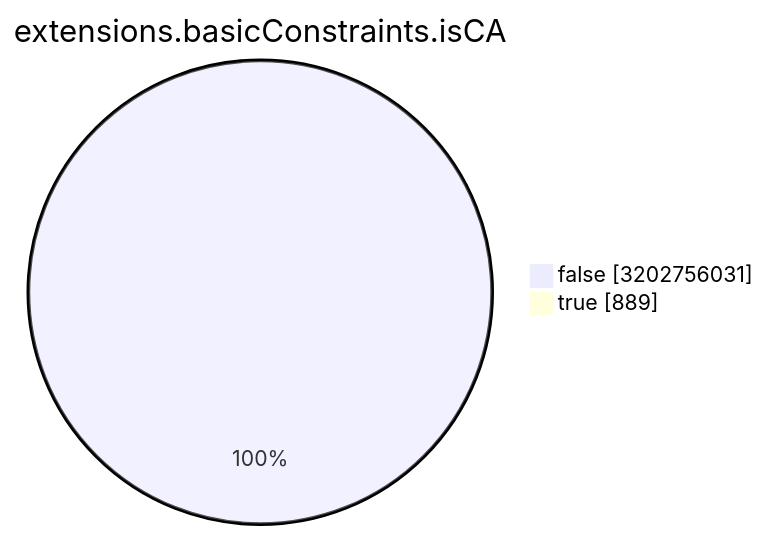
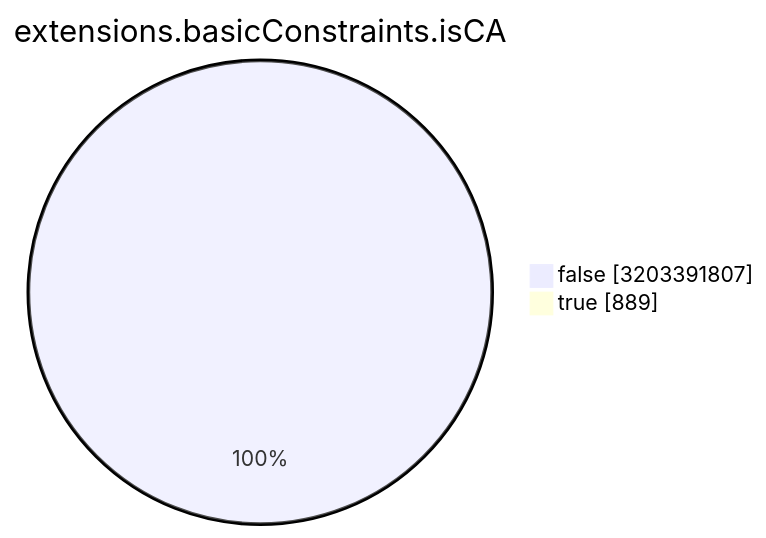
Before and after one commit to christiankrug/ctmonitor_visualization: the seventh of 15 diagrams in TOTAL/README.md, drawn with Mermaid. The commit also changed other lines of this file, not shown here.

````diff
--- a/TOTAL/README.md
+++ b/TOTAL/README.md
@@ -3088,6 +3088,6 @@
 ```mermaid
 pie showData
 title extensions.basicConstraints.isCA
-"false" :3202756031
+"false" :3203391807
 "true" :889
 ```
````
